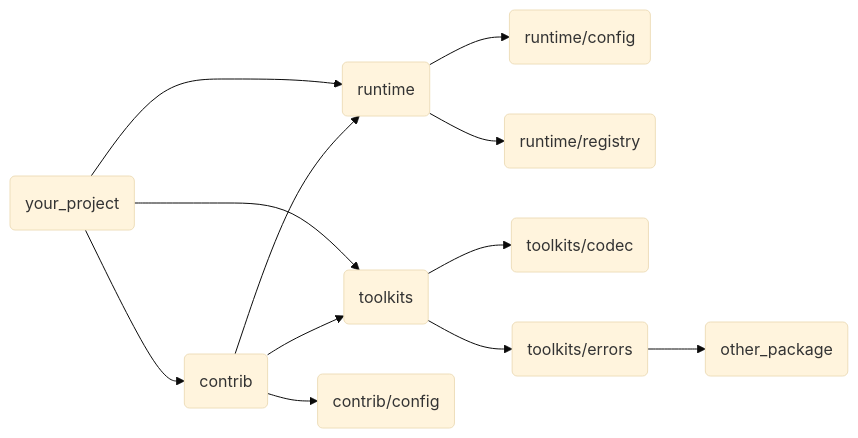
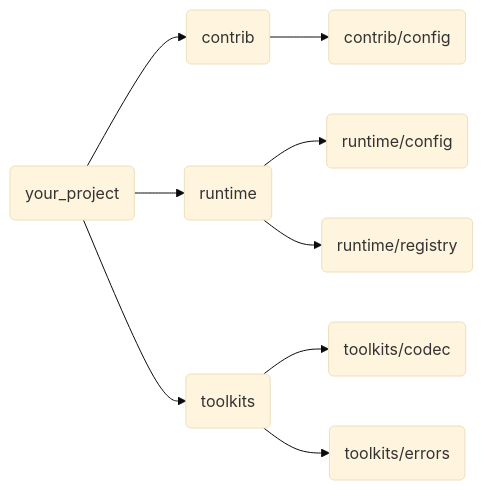
One commit to origadmin/toolkits changed the diagram in README.md. Above: the diagram before and after it, drawn with Mermaid (base theme). The commit also changed other lines of this file, not shown here.

Commit message:
chore(docs): Update package call relationships and links

````diff
--- a/README.md
+++ b/README.md
@@ -91,14 +96,12 @@
 ```mermaid
 graph LR
-A(your_project) --> B(contrib)
+A(your_project) 
+A --> B(contrib)
 A --> C(runtime)
 A --> D(toolkits)
 B --> E(contrib/config)
-B --> C(runtime)
-B --> D(toolkits)
 C --> F(runtime/config)
 C --> G(runtime/registry)
 D --> H(toolkits/codec)
 D --> I(toolkits/errors)
-I --> J(other_package)
 ```
````
